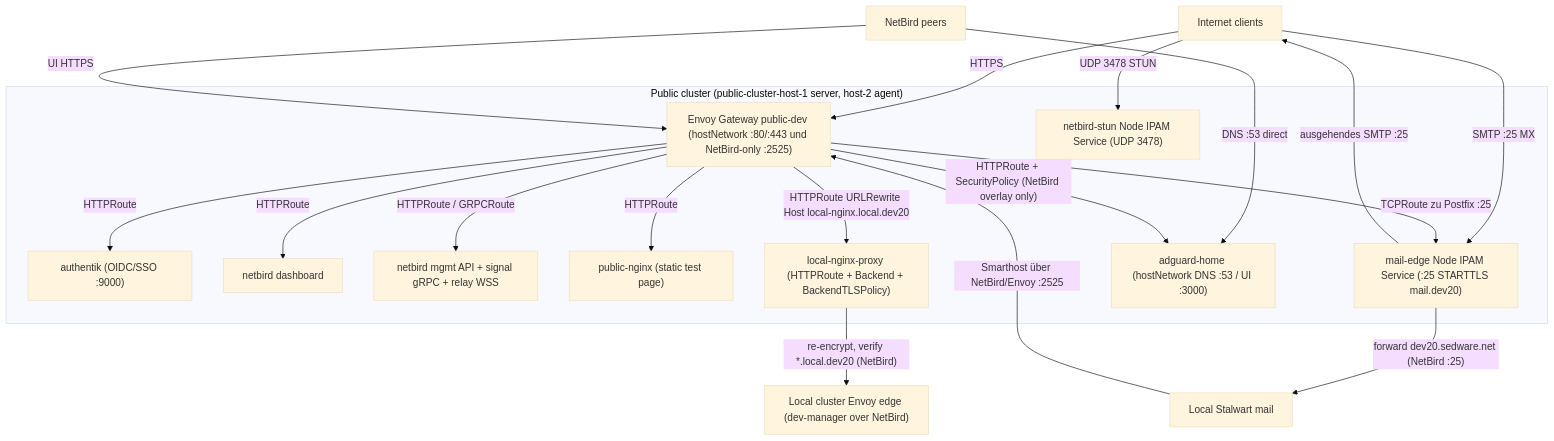
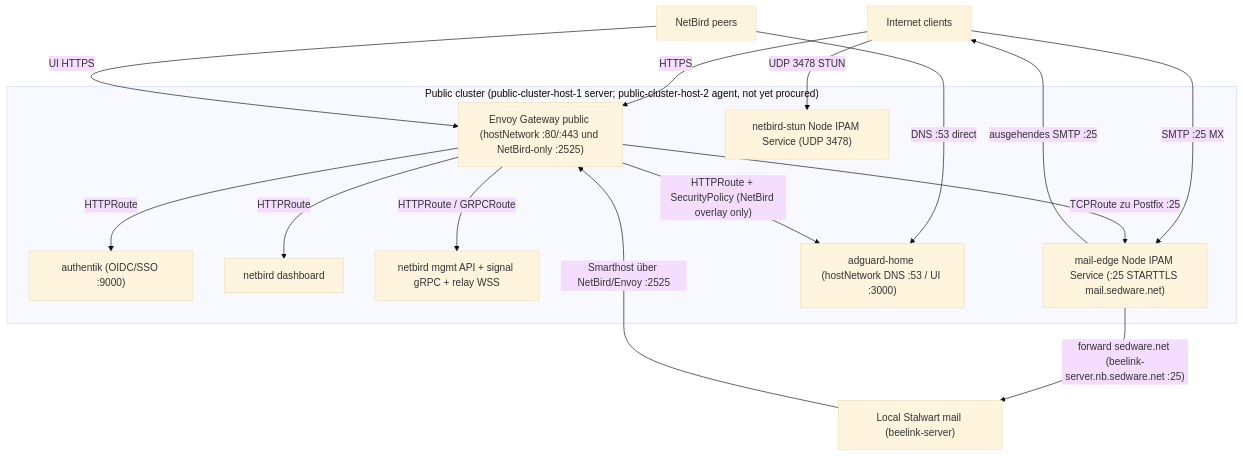
One commit to rowBeeX/public-cluster-kubernetes changed the diagram in docs/architecture.md. Above: the diagram before and after it, drawn with Mermaid (base theme). The commit also changed other lines of this file and 80 other files, not shown here.

````diff
--- a/docs/architecture.md
+++ b/docs/architecture.md
@@ -44,38 +44,32 @@
 ```mermaid
 flowchart TB
   internet["Internet clients"]
   nbpeers["NetBird peers"]
-  localedge["Local cluster Envoy edge (dev-manager over NetBird)"]
-  stalwart["Local Stalwart mail"]
+  stalwart["Local Stalwart mail (beelink-server)"]
 
-  subgraph public["Public cluster (public-cluster-host-1 server, host-2 agent)"]
-    envoy["Envoy Gateway public-dev (hostNetwork :80/:443 und NetBird-only :2525)"]
+  subgraph public["Public cluster (public-cluster-host-1 server; public-cluster-host-2 agent, not yet procured)"]
+    envoy["Envoy Gateway public (hostNetwork :80/:443 und NetBird-only :2525)"]
     authentik["authentik (OIDC/SSO :9000)"]
     nbdash["netbird dashboard"]
     nbmgmt["netbird mgmt API + signal gRPC + relay WSS"]
-    pubnginx["public-nginx (static test page)"]
-    lnproxy["local-nginx-proxy (HTTPRoute + Backend + BackendTLSPolicy)"]
     stunsvc["netbird-stun Node IPAM Service (UDP 3478)"]
-    mailedge["mail-edge Node IPAM Service (:25 STARTTLS mail.dev20)"]
+    mailedge["mail-edge Node IPAM Service (:25 STARTTLS mail.sedware.net)"]
     adguard["adguard-home (hostNetwork DNS :53 / UI :3000)"]
   end
 
   internet -->|HTTPS| envoy
   envoy -->|HTTPRoute| authentik
   envoy -->|HTTPRoute| nbdash
   envoy -->|HTTPRoute / GRPCRoute| nbmgmt
-  envoy -->|HTTPRoute| pubnginx
-  envoy -->|"HTTPRoute URLRewrite Host local-nginx.local.dev20"| lnproxy
-  lnproxy -->|"re-encrypt, verify *.local.dev20 (NetBird)"| localedge
 
   internet -->|UDP 3478 STUN| stunsvc
   internet -->|SMTP :25 MX| mailedge
-  mailedge -->|"forward dev20.sedware.net (NetBird :25)"| stalwart
+  mailedge -->|"forward sedware.net (beelink-server.nb.sedware.net :25)"| stalwart
   stalwart -->|"Smarthost über NetBird/Envoy :2525"| envoy
   envoy -->|"TCPRoute zu Postfix :25"| mailedge
   mailedge -->|"ausgehendes SMTP :25"| internet
 
   nbpeers -->|DNS :53 direct| adguard
   nbpeers -->|UI HTTPS| envoy
   envoy -->|"HTTPRoute + SecurityPolicy (NetBird overlay only)"| adguard
 ```
````
